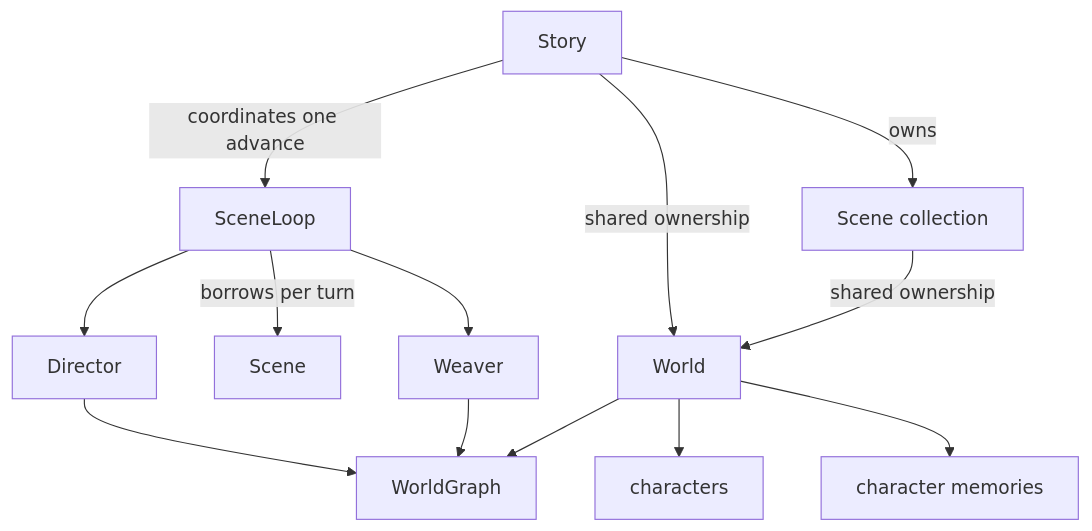
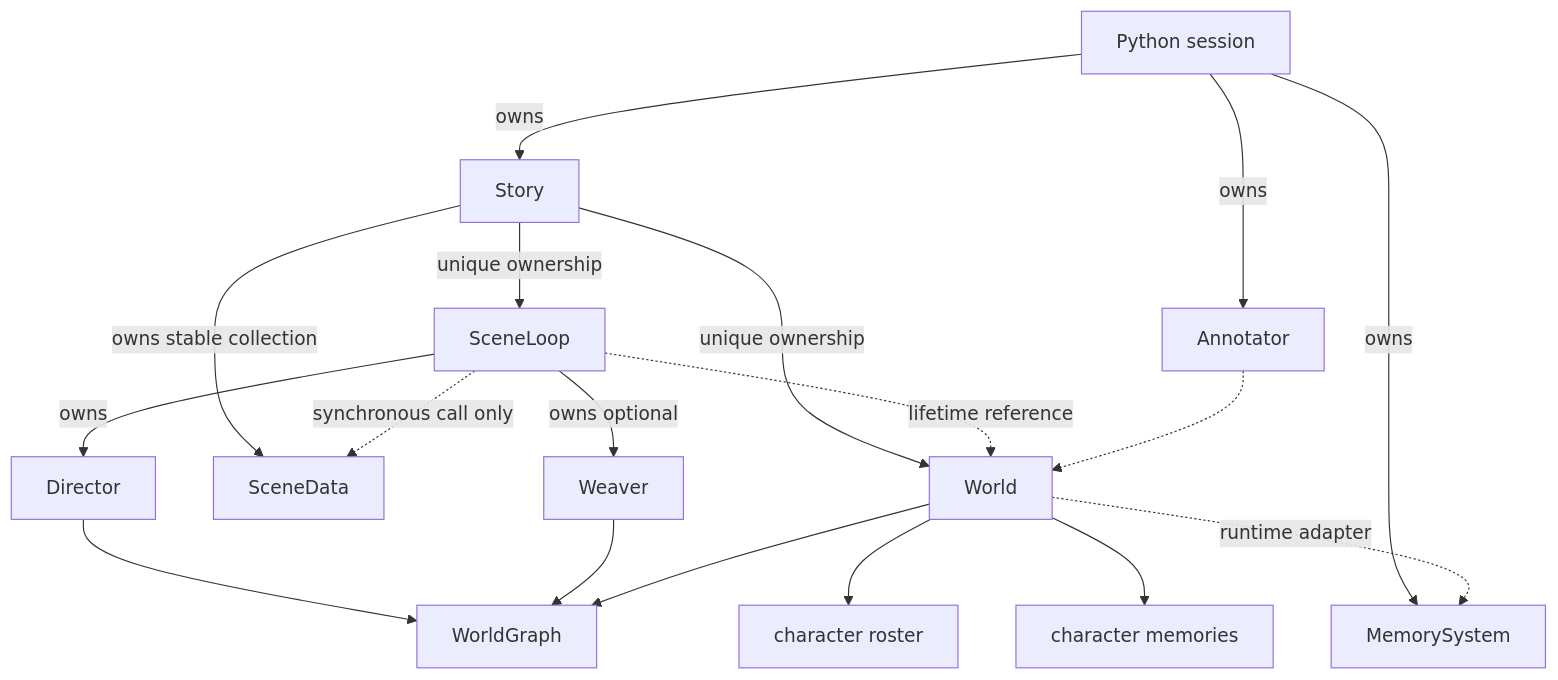
Before and after one commit to JiangWZW/Rhapsode: the diagram in wiki/architecture/cpp-data-model.md, drawn with Mermaid. The commit also changed other lines of this file and 7 other files, not shown here.

````diff
--- a/wiki/architecture/cpp-data-model.md
+++ b/wiki/architecture/cpp-data-model.md
@@ -29,15 +30,23 @@
 ```mermaid
 flowchart TD
-    Story -->|"owns"| Scenes["Scene collection"]
-    Story -->|"shared ownership"| World
-    Scenes -->|"shared ownership"| World
-    Story -->|"coordinates one advance"| Loop["SceneLoop"]
-    Loop -->|"borrows per turn"| Scene
-    Loop --> Director
-    Loop --> Weaver
+    Session["Python session"] -->|"owns"| Story
+    Session -->|"owns"| Memory["MemorySystem"]
+    Session -->|"owns"| Annotator
+
+    Story -->|"unique ownership"| World
+    Story -->|"owns stable collection"| Scenes["SceneData"]
+    Story -->|"unique ownership"| Loop["SceneLoop"]
+
+    Loop -.->|"lifetime reference"| World
+    Loop -.->|"synchronous call only"| Scenes
+    Loop -->|"owns"| Director
+    Loop -->|"owns optional"| Weaver
+
     Director --> Graph["WorldGraph"]
     Weaver --> Graph
     World --> Graph
-    World --> Roster["characters"]
+    World --> Roster["character roster"]
     World --> Minds["character memories"]
+    World -.->|"runtime adapter"| Memory
+    Annotator -.-> World
 ```
````
